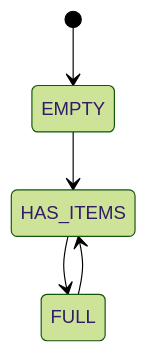
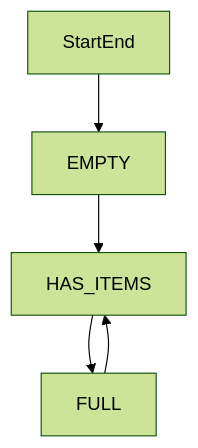
One commit to mthaiseer/springcloud-systemdesign-notes changed the ninth of 58 diagrams in LLD_NOTES/lld_visual_java_reference_fixed.md. Above: the diagram before and after it, drawn with Mermaid (forest theme). The commit also changed other lines of this file, not shown here.

````diff
--- a/LLD_NOTES/lld_visual_java_reference_fixed.md
+++ b/LLD_NOTES/lld_visual_java_reference_fixed.md
@@ -542,7 +496,11 @@
 ```mermaid
-stateDiagram-v2
-  [*] --> EMPTY
-  EMPTY --> HAS_ITEMS
-  HAS_ITEMS --> FULL
-  FULL --> HAS_ITEMS
+flowchart TD
+  S1[StartEnd]
+  S2[EMPTY]
+  S3[HAS_ITEMS]
+  S4[FULL]
+  S1 --> S2
+  S2 --> S3
+  S3 --> S4
+  S4 --> S3
 ```
````
